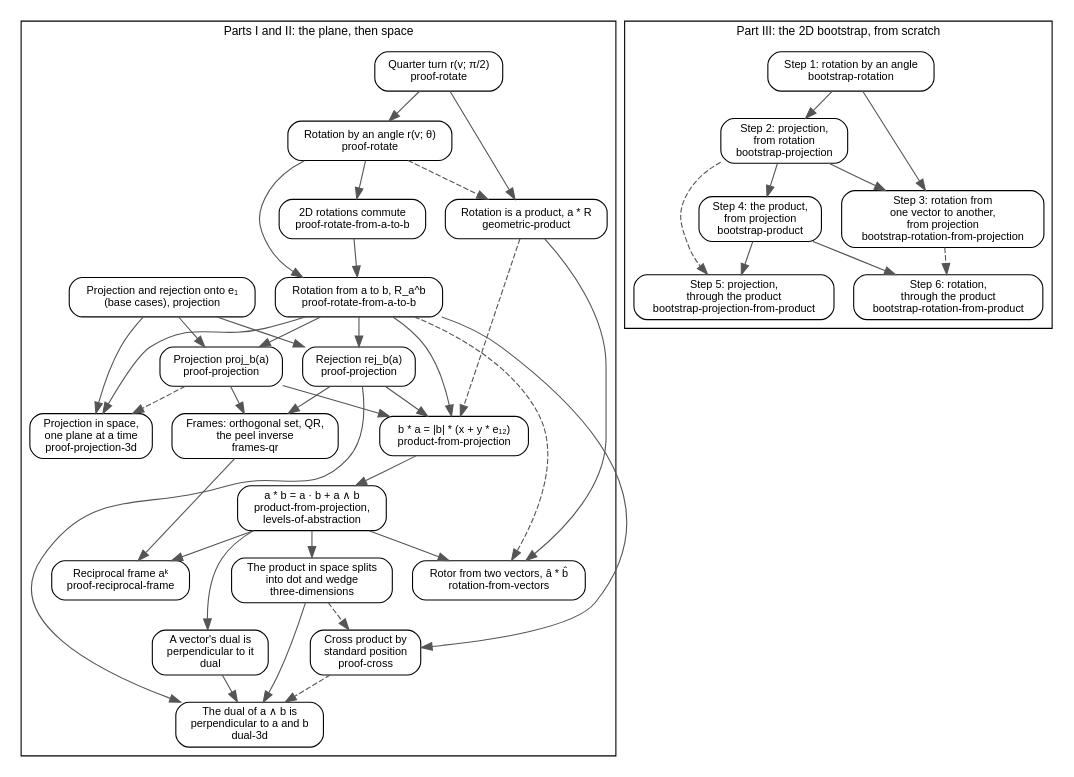
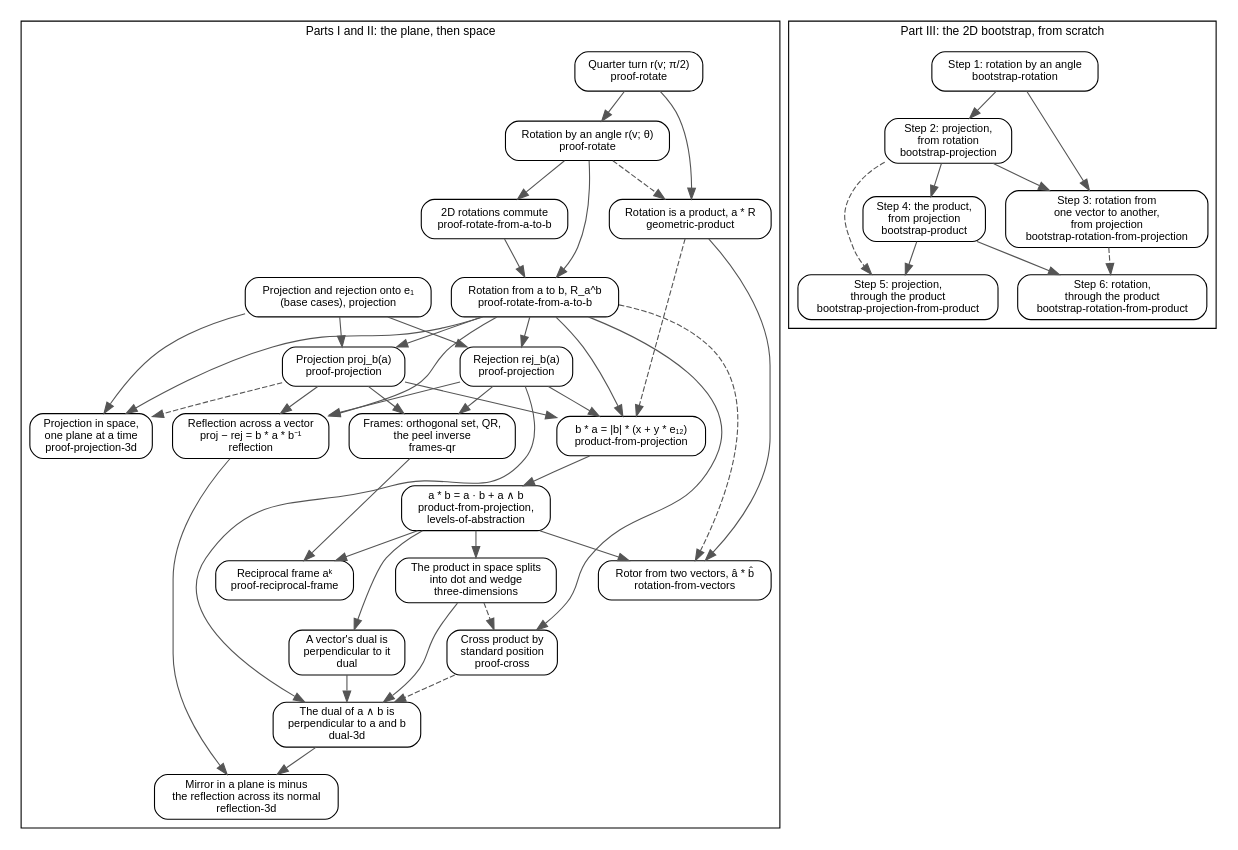
Before and after one commit to billsix/geometricalgebra: the diagram in book/docs/proof-dependencies.dot, drawn with Graphviz. The commit also changed 7 other files, not shown here.

First line of the commit message:
book: fill the reflection notebook, add Reflection in Space; prove the plane mirror in Lean

```diff
--- a/book/docs/proof-dependencies.dot
+++ b/book/docs/proof-dependencies.dot
@@ -1,85 +1,92 @@
 // Which results the book builds on which, one node per named result.
 // A solid arrow X -> Y: Y's construction uses X. A dashed arrow X -> Y: Y is checked
 // against X, but not built from it. The second line of each node is the page that
 // proves it. Kept by hand; the rules it encodes are in
 // tasks/reference/teaching-order-and-dependencies.md, which says how to update it.
 digraph proof_dependencies {
     graph [rankdir=TB, fontname="Helvetica", fontsize=11, nodesep=0.25, ranksep=0.35];
     node [shape=box, style="rounded", fontname="Helvetica", fontsize=10];
     edge [color="#555555"];
 
     subgraph cluster_part_1_2 {
         label="Parts I and II: the plane, then space";
         quarter [label="Quarter turn r(v; π/2)\nproof-rotate"];
         rotation_by_angle [label="Rotation by an angle r(v; θ)\nproof-rotate"];
         commute [label="2D rotations commute\nproof-rotate-from-a-to-b"];
         rotation_from_to [label="Rotation from a to b, R_a^b\nproof-rotate-from-a-to-b"];
         base_projection [label="Projection and rejection onto e₁\n(base cases), projection"];
         projection [label="Projection proj_b(a)\nproof-projection"];
         rejection [label="Rejection rej_b(a)\nproof-projection"];
         rotation_as_product [label="Rotation is a product, a * R\ngeometric-product"];
         product_from_projection [label="b * a = |b| * (x + y * e₁₂)\nproduct-from-projection"];
         dot_and_wedge [label="a * b = a · b + a ∧ b\nproduct-from-projection,\nlevels-of-abstraction"];
         rotor_from_vectors [label="Rotor from two vectors, â * b̂\nrotation-from-vectors"];
         product_in_space [label="The product in space splits\ninto dot and wedge\nthree-dimensions"];
         projection_in_space [label="Projection in space,\none plane at a time\nproof-projection-3d"];
         cross [label="Cross product by\nstandard position\nproof-cross"];
         frames [label="Frames: orthogonal set, QR,\nthe peel inverse\nframes-qr"];
         reciprocal_frame [label="Reciprocal frame aᵏ\nproof-reciprocal-frame"];
         dual_perp [label="A vector's dual is\nperpendicular to it\ndual"];
+        reflection [label="Reflection across a vector\nproj − rej = b * a * b⁻¹\nreflection"];
+        reflection_plane [label="Mirror in a plane is minus\nthe reflection across its normal\nreflection-3d"];
         dual_of_plane [label="The dual of a ∧ b is\nperpendicular to a and b\ndual-3d"];
 
         quarter -> rotation_by_angle;
         rotation_by_angle -> commute;
         rotation_by_angle -> rotation_from_to;
         commute -> rotation_from_to;
         rotation_from_to -> projection;
         rotation_from_to -> rejection;
         base_projection -> projection;
         base_projection -> rejection;
         quarter -> rotation_as_product;
         rotation_by_angle -> rotation_as_product [style=dashed];
         rotation_from_to -> product_from_projection;
         projection -> product_from_projection;
         rejection -> product_from_projection;
         rotation_as_product -> product_from_projection [style=dashed];
         product_from_projection -> dot_and_wedge;
         dot_and_wedge -> rotor_from_vectors;
         rotation_as_product -> rotor_from_vectors;
         rotation_from_to -> rotor_from_vectors [style=dashed];
         dot_and_wedge -> product_in_space;
         rotation_from_to -> projection_in_space;
         base_projection -> projection_in_space;
         projection -> projection_in_space [style=dashed];
         rotation_from_to -> cross;
         product_in_space -> cross [style=dashed];
         projection -> frames;
         rejection -> frames;
         frames -> reciprocal_frame;
         dot_and_wedge -> reciprocal_frame;
         dot_and_wedge -> dual_perp;
         product_in_space -> dual_of_plane;
         rejection -> dual_of_plane;
         dual_perp -> dual_of_plane;
         cross -> dual_of_plane [style=dashed];
+        rotation_from_to -> reflection;
+        projection -> reflection;
+        rejection -> reflection;
+        reflection -> reflection_plane;
+        dual_of_plane -> reflection_plane;
     }
 
     subgraph cluster_part_3 {
         label="Part III: the 2D bootstrap, from scratch";
         step_1 [label="Step 1: rotation by an angle\nbootstrap-rotation"];
         step_2 [label="Step 2: projection,\nfrom rotation\nbootstrap-projection"];
         step_3 [label="Step 3: rotation from\none vector to another,\nfrom projection\nbootstrap-rotation-from-projection"];
         step_4 [label="Step 4: the product,\nfrom projection\nbootstrap-product"];
         step_5 [label="Step 5: projection,\nthrough the product\nbootstrap-projection-from-product"];
         step_6 [label="Step 6: rotation,\nthrough the product\nbootstrap-rotation-from-product"];
 
         step_1 -> step_2;
         step_1 -> step_3;
         step_2 -> step_3;
         step_2 -> step_4;
         step_4 -> step_5;
         step_2 -> step_5 [style=dashed];
         step_4 -> step_6;
         step_3 -> step_6 [style=dashed];
     }
 }
```
